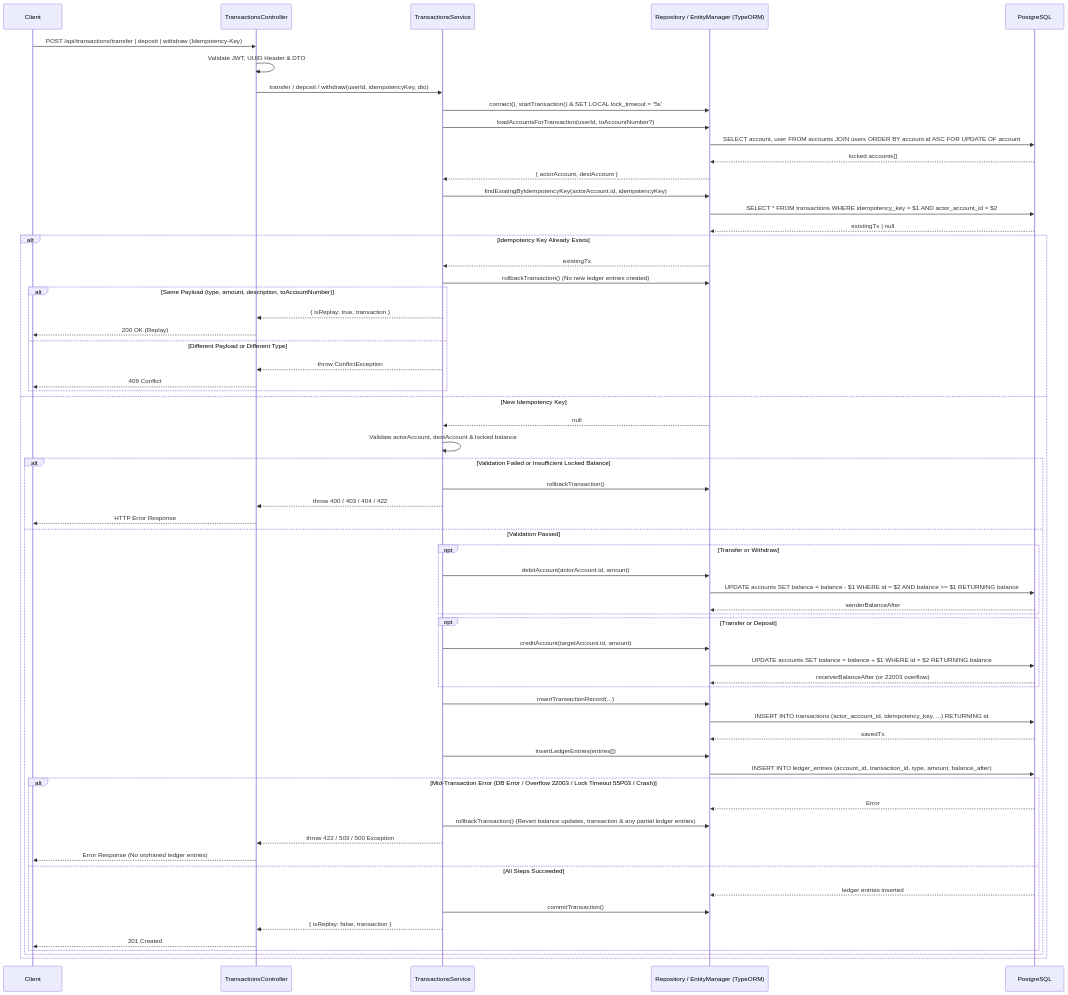
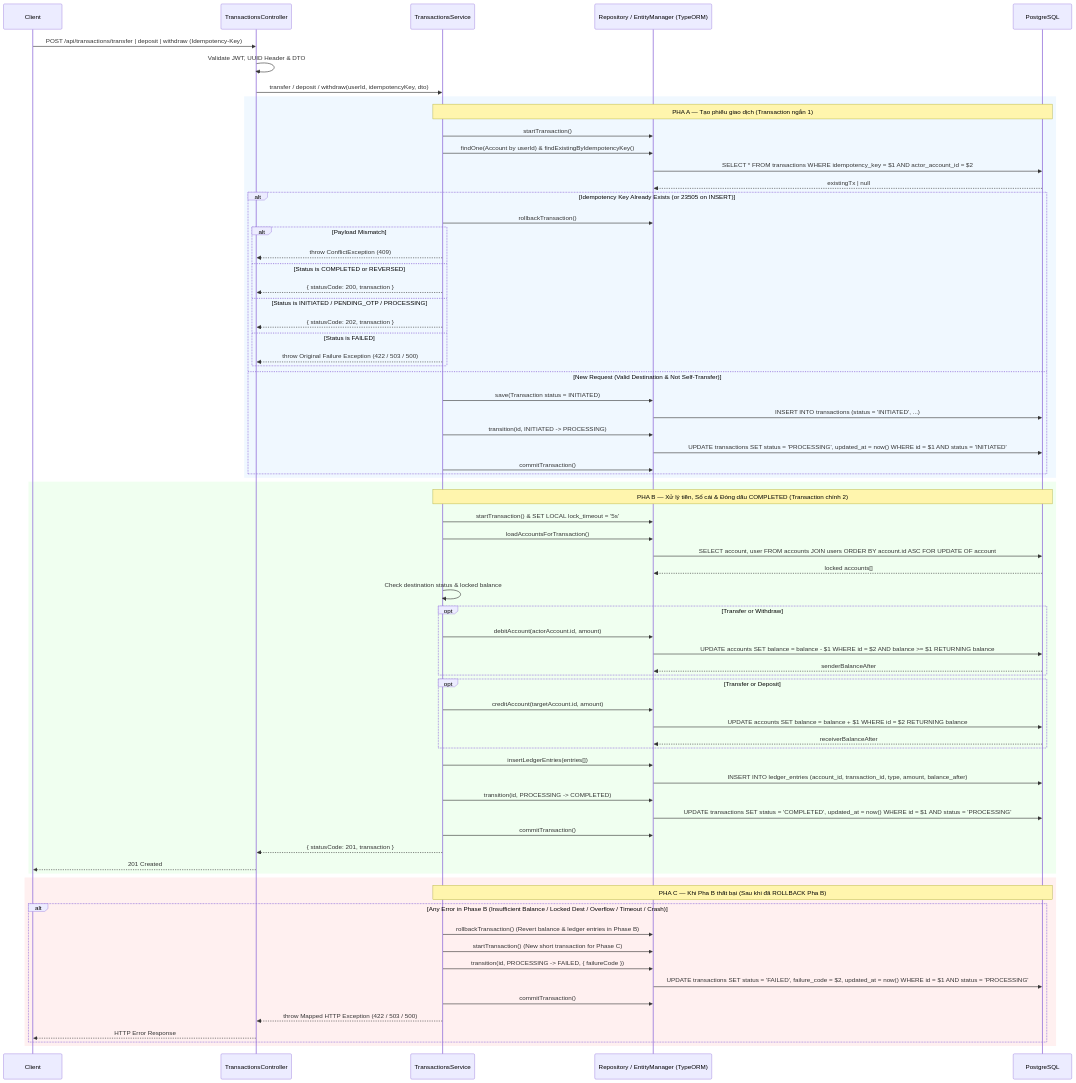
The second of 3 diagrams in docs/sequence_diagrams.md (megapig5000/Banking-app), drawn with Mermaid before and after one commit. The commit also changed other lines of this file and 2 other files, not shown here.

Commit message:
docs: add state machine, 3-phase flow, reversal, adr-011/012 and sequence diagrams

````diff
--- a/docs/sequence_diagrams.md
+++ b/docs/sequence_diagrams.md
@@ -52,73 +50,81 @@
     participant Client
     participant Controller as TransactionsController
     participant Service as TransactionsService
-    participant Manager as Repository / EntityManager (TypeORM)
+    participant Repo as Repository / EntityManager (TypeORM)
     participant DB as PostgreSQL
 
     Client->>Controller: POST /api/transactions/transfer | deposit | withdraw (Idempotency-Key)
     Controller->>Controller: Validate JWT, UUID Header & DTO
     Controller->>Service: transfer / deposit / withdraw(userId, idempotencyKey, dto)
 
-    Service->>Manager: connect(), startTransaction() & SET LOCAL lock_timeout = '5s'
+    rect rgb(240, 248, 255)
+        Note over Service,DB: PHA A — Tạo phiếu giao dịch (Transaction ngắn 1)
+        Service->>Repo: startTransaction()
+        Service->>Repo: findOne(Account by userId) & findExistingByIdempotencyKey()
+        Repo->>DB: SELECT * FROM transactions WHERE idempotency_key = $1 AND actor_account_id = $2
+        DB-->>Repo: existingTx | null
 
-    Service->>Manager: loadAccountsForTransaction(userId, toAccountNumber?)
-    Manager->>DB: SELECT account, user FROM accounts JOIN users ORDER BY account.id ASC FOR UPDATE OF account
-    DB-->>Manager: locked accounts[]
-    Manager-->>Service: { actorAccount, destAccount }
+        alt Idempotency Key Already Exists (or 23505 on INSERT)
+            Service->>Repo: rollbackTransaction()
+            alt Payload Mismatch
+                Service-->>Controller: throw ConflictException (409)
+            else Status is COMPLETED or REVERSED
+                Service-->>Controller: { statusCode: 200, transaction }
+            else Status is INITIATED / PENDING_OTP / PROCESSING
+                Service-->>Controller: { statusCode: 202, transaction }
+            else Status is FAILED
+                Service-->>Controller: throw Original Failure Exception (422 / 503 / 500)
+            end
+        else New Request (Valid Destination & Not Self-Transfer)
+            Service->>Repo: save(Transaction status = INITIATED)
+            Repo->>DB: INSERT INTO transactions (status = 'INITIATED', ...)
+            Service->>Repo: transition(id, INITIATED -> PROCESSING)
+            Repo->>DB: UPDATE transactions SET status = 'PROCESSING', updated_at = now() WHERE id = $1 AND status = 'INITIATED'
+            Service->>Repo: commitTransaction()
+        end
+    end
 
-    Service->>Manager: findExistingByIdempotencyKey(actorAccount.id, idempotencyKey)
-    Manager->>DB: SELECT * FROM transactions WHERE idempotency_key = $1 AND actor_account_id = $2
-    DB-->>Manager: existingTx | null
+    rect rgb(240, 255, 240)
+        Note over Service,DB: PHA B — Xử lý tiền, Sổ cái & Đóng dấu COMPLETED (Transaction chính 2)
+        Service->>Repo: startTransaction() & SET LOCAL lock_timeout = '5s'
+        Service->>Repo: loadAccountsForTransaction()
+        Repo->>DB: SELECT account, user FROM accounts JOIN users ORDER BY account.id ASC FOR UPDATE OF account
+        DB-->>Repo: locked accounts[]
 
-    alt Idempotency Key Already Exists
-        Manager-->>Service: existingTx
-        Service->>Manager: rollbackTransaction() (No new ledger entries created)
-        alt Same Payload (type, amount, description, toAccountNumber)
-            Service-->>Controller: { isReplay: true, transaction }
-            Controller-->>Client: 200 OK (Replay)
-        else Different Payload or Different Type
-            Service-->>Controller: throw ConflictException
-            Controller-->>Client: 409 Conflict
+        Service->>Service: Check destination status & locked balance
+
+        opt Transfer or Withdraw
+            Service->>Repo: debitAccount(actorAccount.id, amount)
+            Repo->>DB: UPDATE accounts SET balance = balance - $1 WHERE id = $2 AND balance >= $1 RETURNING balance
+            DB-->>Repo: senderBalanceAfter
         end
-    else New Idempotency Key
-        Manager-->>Service: null
-        Service->>Service: Validate actorAccount, destAccount & locked balance
 
-        alt Validation Failed or Insufficient Locked Balance
-            Service->>Manager: rollbackTransaction()
-            Service-->>Controller: throw 400 / 403 / 404 / 422
+        opt Transfer or Deposit
+            Service->>Repo: creditAccount(targetAccount.id, amount)
+            Repo->>DB: UPDATE accounts SET balance = balance + $1 WHERE id = $2 RETURNING balance
+            DB-->>Repo: receiverBalanceAfter
+        end
+
+        Service->>Repo: insertLedgerEntries(entries[])
+        Repo->>DB: INSERT INTO ledger_entries (account_id, transaction_id, type, amount, balance_after)
+
+        Service->>Repo: transition(id, PROCESSING -> COMPLETED)
+        Repo->>DB: UPDATE transactions SET status = 'COMPLETED', updated_at = now() WHERE id = $1 AND status = 'PROCESSING'
+        Service->>Repo: commitTransaction()
+        Service-->>Controller: { statusCode: 201, transaction }
+        Controller-->>Client: 201 Created
+    end
+
+    rect rgb(255, 240, 240)
+        Note over Service,DB: PHA C — Khi Pha B thất bại (Sau khi đã ROLLBACK Pha B)
+        alt Any Error in Phase B (Insufficient Balance / Locked Dest / Overflow / Timeout / Crash)
+            Service->>Repo: rollbackTransaction() (Revert balance & ledger entries in Phase B)
+            Service->>Repo: startTransaction() (New short transaction for Phase C)
+            Service->>Repo: transition(id, PROCESSING -> FAILED, { failureCode })
+            Repo->>DB: UPDATE transactions SET status = 'FAILED', failure_code = $2, updated_at = now() WHERE id = $1 AND status = 'PROCESSING'
+            Service->>Repo: commitTransaction()
+            Service-->>Controller: throw Mapped HTTP Exception (422 / 503 / 500)
             Controller-->>Client: HTTP Error Response
-        else Validation Passed
-            opt Transfer or Withdraw
-                Service->>Manager: debitAccount(actorAccount.id, amount)
-                Manager->>DB: UPDATE accounts SET balance = balance - $1 WHERE id = $2 AND balance >= $1 RETURNING balance
-                DB-->>Manager: senderBalanceAfter
-            end
-
-            opt Transfer or Deposit
-                Service->>Manager: creditAccount(targetAccount.id, amount)
-                Manager->>DB: UPDATE accounts SET balance = balance + $1 WHERE id = $2 RETURNING balance
-                DB-->>Manager: receiverBalanceAfter (or 22003 overflow)
-            end
-
-            Service->>Manager: insertTransactionRecord(...)
-            Manager->>DB: INSERT INTO transactions (actor_account_id, idempotency_key, ...) RETURNING id
-            DB-->>Manager: savedTx
-
-            Service->>Manager: insertLedgerEntries(entries[])
-            Manager->>DB: INSERT INTO ledger_entries (account_id, transaction_id, type, amount, balance_after)
-
-            alt Mid-Transaction Error (DB Error / Overflow 22003 / Lock Timeout 55P03 / Crash)
-                DB-->>Manager: Error
-                Service->>Manager: rollbackTransaction() (Revert balance updates, transaction & any partial ledger entries)
-                Service-->>Controller: throw 422 / 503 / 500 Exception
-                Controller-->>Client: Error Response (No orphaned ledger entries)
-            else All Steps Succeeded
-                DB-->>Manager: ledger entries inserted
-                Service->>Manager: commitTransaction()
-                Service-->>Controller: { isReplay: false, transaction }
-                Controller-->>Client: 201 Created
-            end
         end
     end
 ```
````
